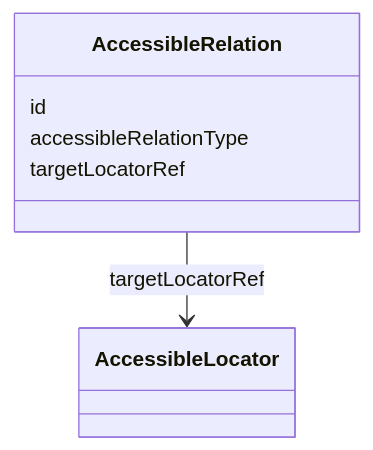
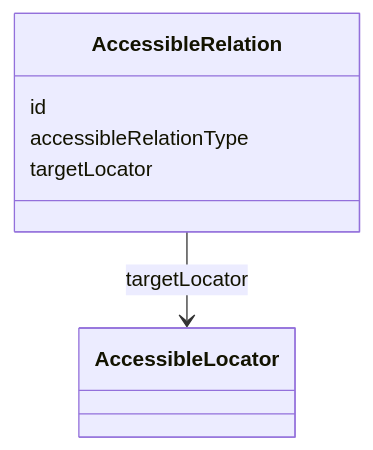
The fifth of 9 diagrams in specs/ed/modules/observability/index.md (openuji/spec-ujg), drawn with Mermaid before and after one commit. The commit also changed other lines of this file and 370 other files, not shown here.

````diff
--- a/specs/ed/modules/observability/index.md
+++ b/specs/ed/modules/observability/index.md
@@ -182,10 +147,10 @@
 ```mermaid
 classDiagram
   class AccessibleLocator
   class AccessibleRelation {
     id
     accessibleRelationType
-    targetLocatorRef
+    targetLocator
   }
-  AccessibleRelation --> AccessibleLocator : targetLocatorRef
+  AccessibleRelation --> AccessibleLocator : targetLocator
 ```
````
